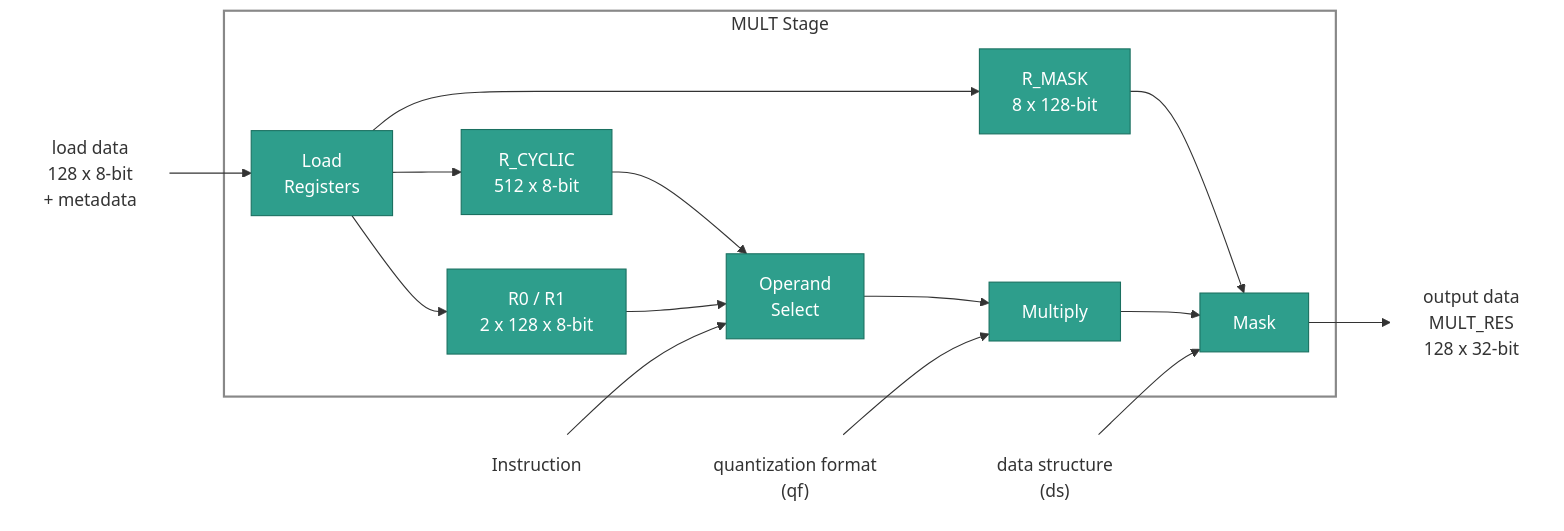
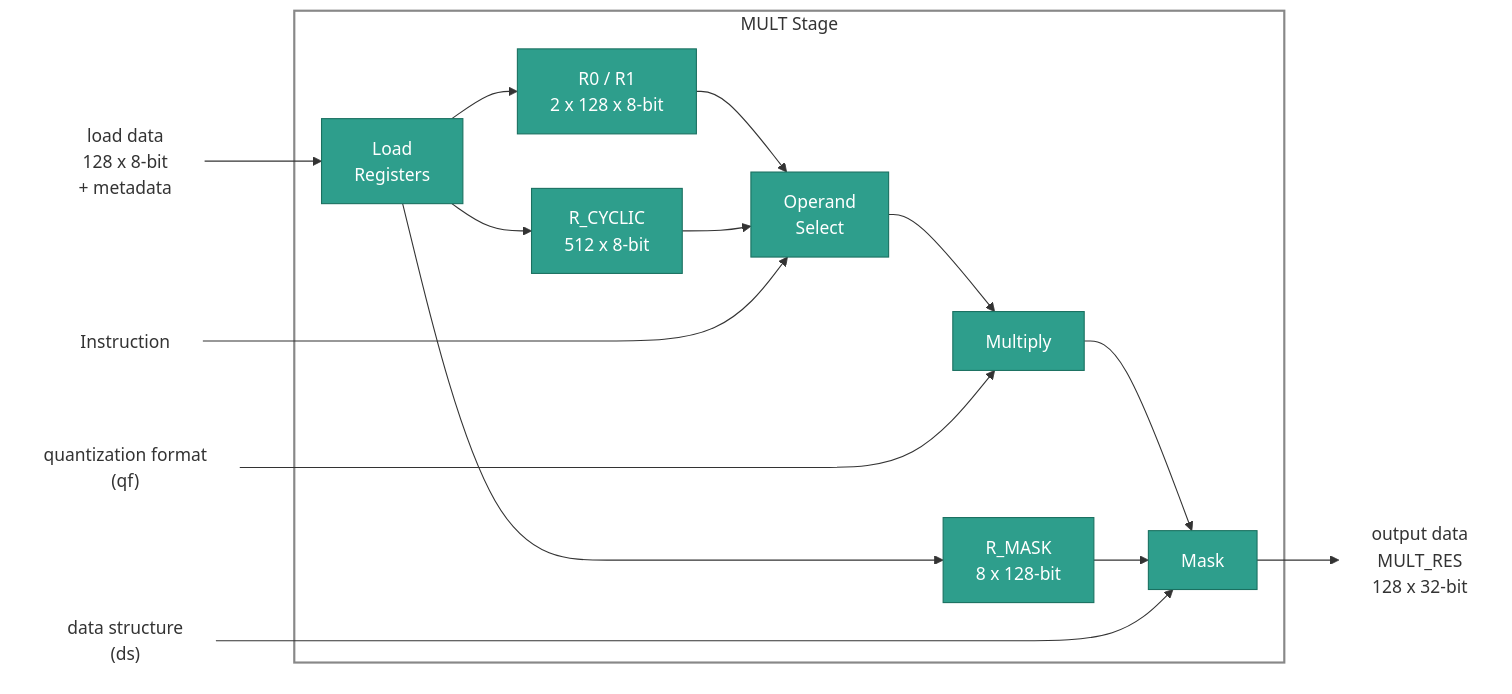
One commit to rechefe/ipu-emulator changed the diagram in docs/content/specs/ARCH-stage-mult.md. Above: the diagram before and after it, drawn with Mermaid. The commit also changed other lines of this file, not shown here.

Commit message:
Update ARCH stage documentation: refine flowchart connections and enhance notes on load instructions

````diff
--- a/docs/content/specs/ARCH-stage-mult.md
+++ b/docs/content/specs/ARCH-stage-mult.md
@@ -41,36 +41,36 @@
 ```mermaid
 flowchart LR
     LD_DATA["load data<br>128 x 8-bit<br>+ metadata"]:::io
     INSTR["Instruction"]:::io
     QF["quantization format<br>(qf)"]:::io
     DS["data structure<br>(ds)"]:::io
     OUT_DATA["output data<br>MULT_RES<br>128 x 32-bit"]:::io
 
     subgraph STAGE["MULT Stage"]
         LDW["Load<br>Registers"]:::blk
         RA["R0 / R1<br>2 x 128 x 8-bit"]:::blk
         RC["R_CYCLIC<br>512 x 8-bit"]:::blk
         RMASK["R_MASK<br>8 x 128-bit"]:::blk
         SEL["Operand<br>Select"]:::blk
         MUL["Multiply"]:::blk
         MASK["Mask"]:::blk
     end
 
     LD_DATA --> LDW
     LDW --> RA
     LDW --> RC
     LDW --> RMASK
     RA --> SEL
     RC --> SEL
-    INSTR --> SEL
+    INSTR ----> SEL
     SEL --> MUL
-    QF --> MUL
+    QF -----> MUL
     MUL --> MASK
     RMASK --> MASK
-    DS --> MASK
+    DS ------> MASK
     MASK --> OUT_DATA
 
     classDef io fill:none,stroke:none
     classDef blk fill:#2e9e8c,stroke:#1a7060,color:#fff
     style STAGE fill:none,stroke:#888,stroke-width:2px
 ```
````
